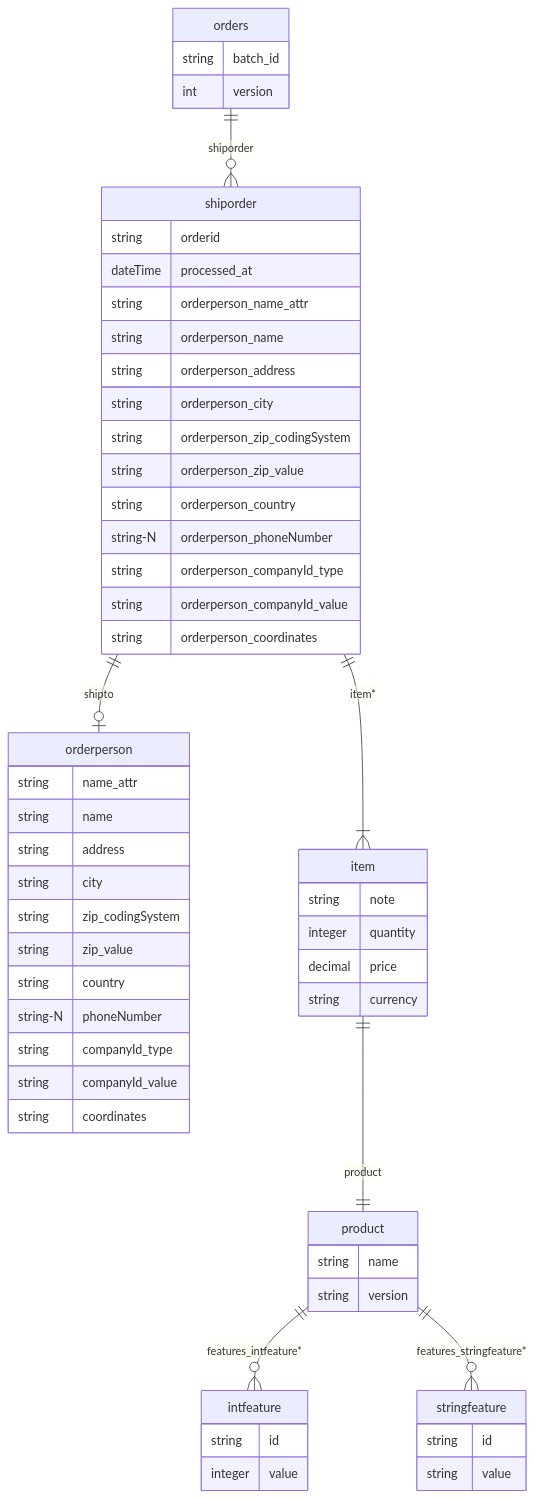
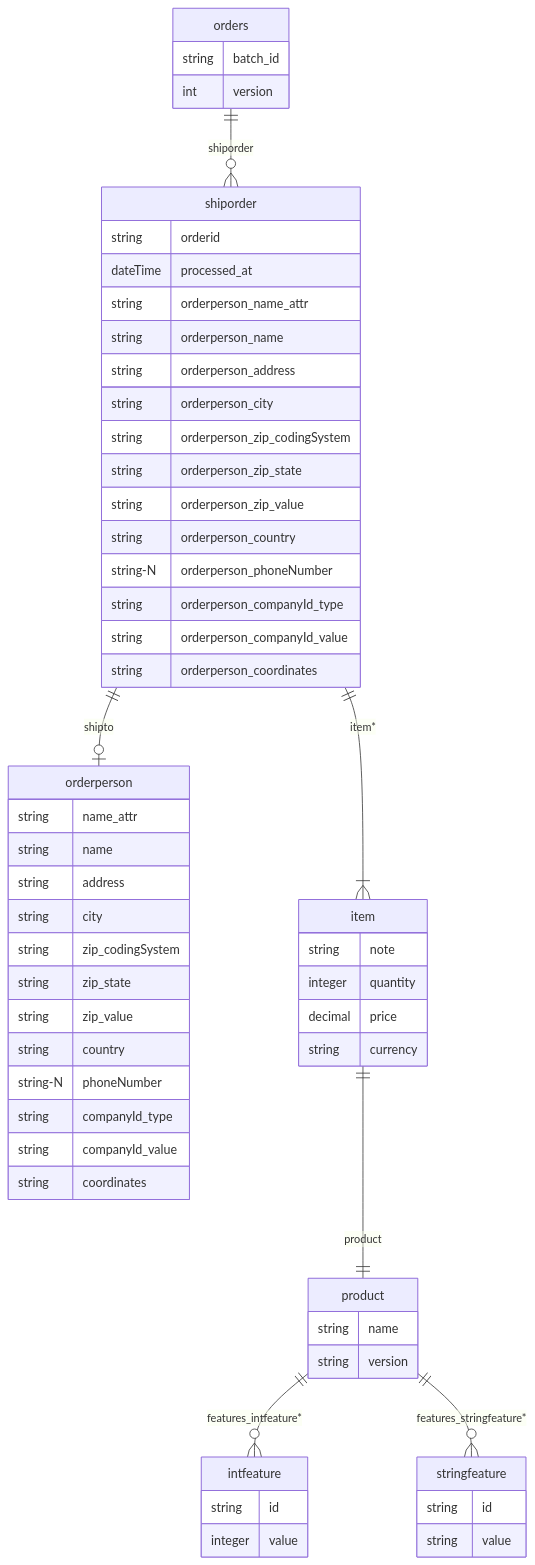
Before and after one commit to cre-dev/xml2db: the diagram in tests/sample_models/orders/orders_erd_version2.md, drawn with Mermaid. The commit also changed 16 other files, not shown here.

````diff
--- a/tests/sample_models/orders/orders_erd_version2.md
+++ b/tests/sample_models/orders/orders_erd_version2.md
@@ -1,59 +1,61 @@
 ```mermaid
 erDiagram
     shiporder ||--o| orderperson : "shipto"
     shiporder ||--|{ item : "item*"
     shiporder {
         string orderid
         dateTime processed_at
         string orderperson_name_attr
         string orderperson_name
         string orderperson_address
         string orderperson_city
         string orderperson_zip_codingSystem
+        string orderperson_zip_state
         string orderperson_zip_value
         string orderperson_country
         string-N orderperson_phoneNumber
         string orderperson_companyId_type
         string orderperson_companyId_value
         string orderperson_coordinates
     }
     item ||--|| product : "product"
     item {
         string note
         integer quantity
         decimal price
         string currency
     }
     product ||--o{ intfeature : "features_intfeature*"
     product ||--o{ stringfeature : "features_stringfeature*"
     product {
         string name
         string version
     }
     stringfeature {
         string id
         string value
     }
     intfeature {
         string id
         integer value
     }
     orderperson {
         string name_attr
         string name
         string address
         string city
         string zip_codingSystem
+        string zip_state
         string zip_value
         string country
         string-N phoneNumber
         string companyId_type
         string companyId_value
         string coordinates
     }
     orders ||--o{ shiporder : "shiporder"
     orders {
         string batch_id
         int version
     }
 ```
````
